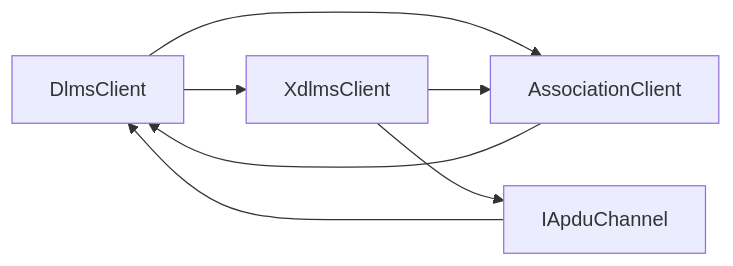
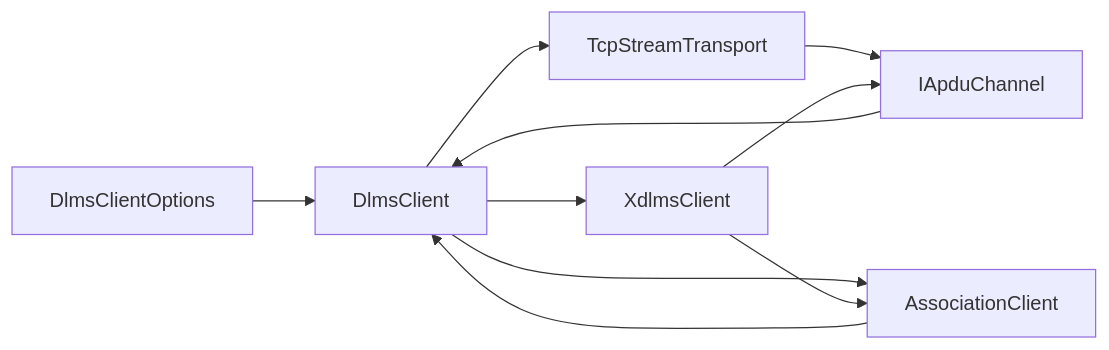
Before and after one commit to gvtret/dlms-client: the second of 4 diagrams in docs/02_client_architecture.md, drawn with Mermaid. The commit also changed other lines of this file and 5 other files, not shown here.

First line of the commit message:
feat(client): compose wrapper tcp client

````diff
--- a/docs/02_client_architecture.md
+++ b/docs/02_client_architecture.md
@@ -39,14 +39,19 @@
 ```mermaid
 flowchart LR
+  Options["DlmsClientOptions"]
   Client["DlmsClient"]
+  Stream["TcpStreamTransport"]
   Channel["IApduChannel"]
   Association["AssociationClient"]
   Services["XdlmsClient"]
 
+  Options --> Client
+  Client --> Stream
+  Stream --> Channel
   Channel --> Client
   Association --> Client
   Client --> Association
   Client --> Services
   Services --> Channel
   Services --> Association
 ```
````
